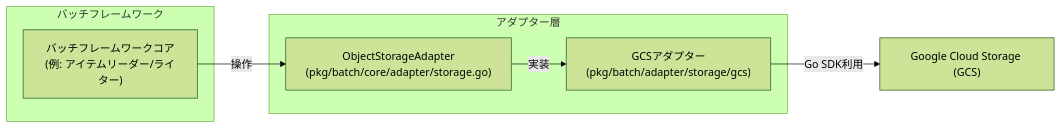
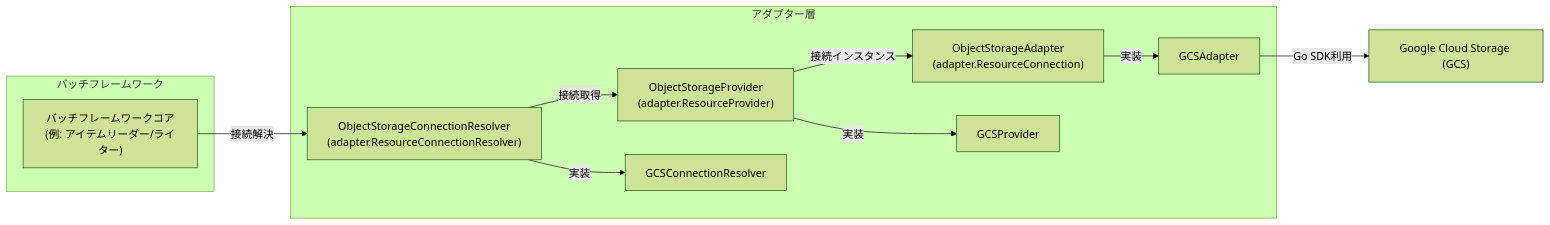
The diagram in docs/strategy/gcs_storage_adapter_design.md (tigerroll/surfin), drawn with Mermaid (forest theme) before and after one commit. The commit also changed other lines of this file and 3 other files, not shown here.

````diff
--- a/docs/strategy/gcs_storage_adapter_design.md
+++ b/docs/strategy/gcs_storage_adapter_design.md
@@ -28,17 +28,25 @@
 ```mermaid
 graph LR
     subgraph "バッチフレームワーク"
         A["バッチフレームワークコア<br>(例: アイテムリーダー/ライター)"]
     end
 
     subgraph "アダプター層"
-        B["ObjectStorageAdapter<br>(pkg/batch/core/adapter/storage.go)"]
-        C["GCSアダプター<br>(pkg/batch/adapter/storage/gcs)"]
+        B1["ObjectStorageConnectionResolver<br>(adapter.ResourceConnectionResolver)"]
+        B2["ObjectStorageProvider<br>(adapter.ResourceProvider)"]
+        B3["ObjectStorageAdapter<br>(adapter.ResourceConnection)"]
+        C1["GCSConnectionResolver"]
+        C2["GCSProvider"]
+        C3["GCSAdapter"]
     end
 
     D["Google Cloud Storage (GCS)"]
 
-    A -- 操作 --> B
-    B -- 実装 --> C
-    C -- "Go SDK利用" --> D
+    A -- "接続解決" --> B1
+    B1 -- "接続取得" --> B2
+    B2 -- "接続インスタンス" --> B3
+    B1 -- "実装" --> C1
+    B2 -- "実装" --> C2
+    B3 -- "実装" --> C3
+    C3 -- "Go SDK利用" --> D
 ```
````
